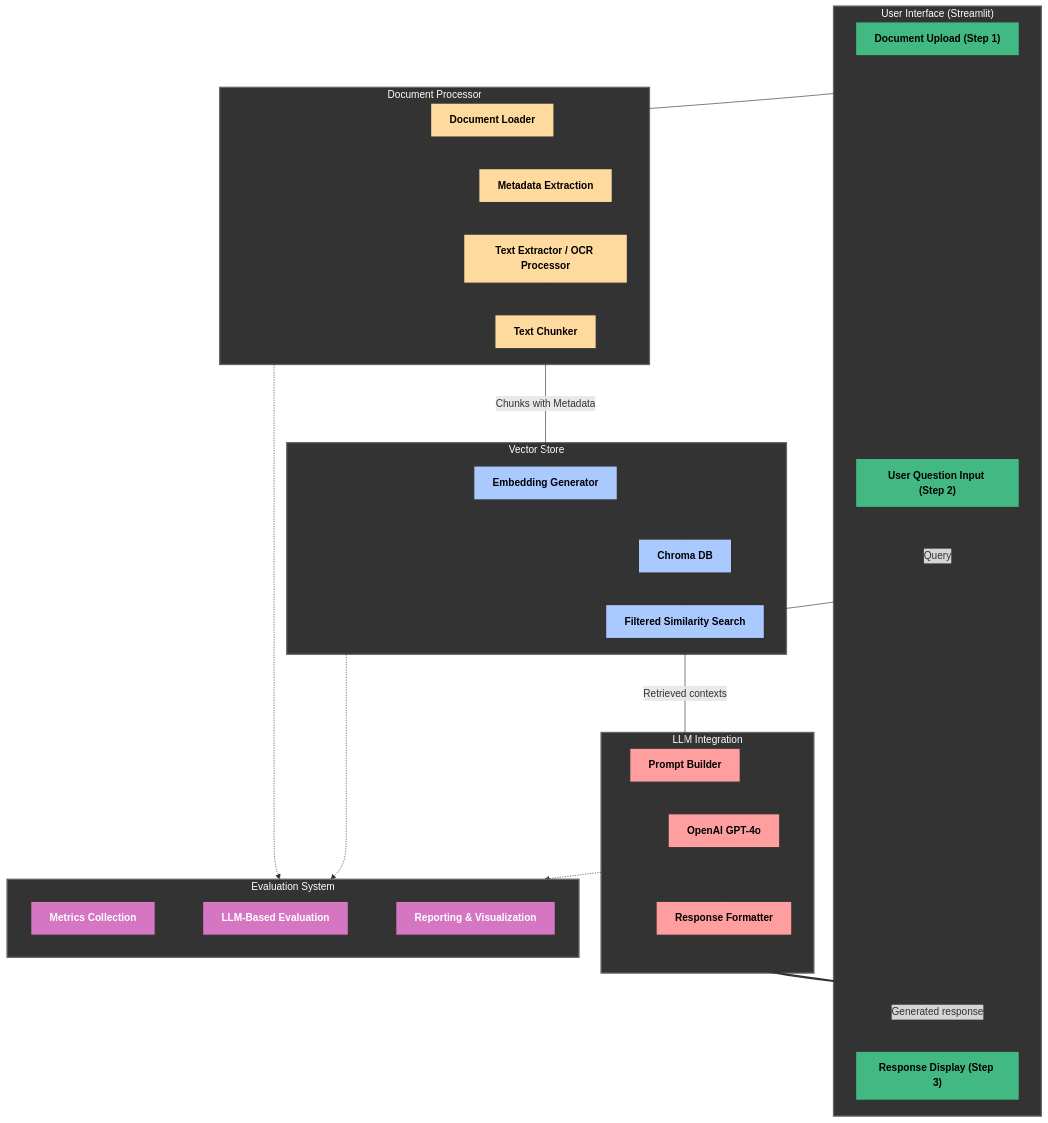
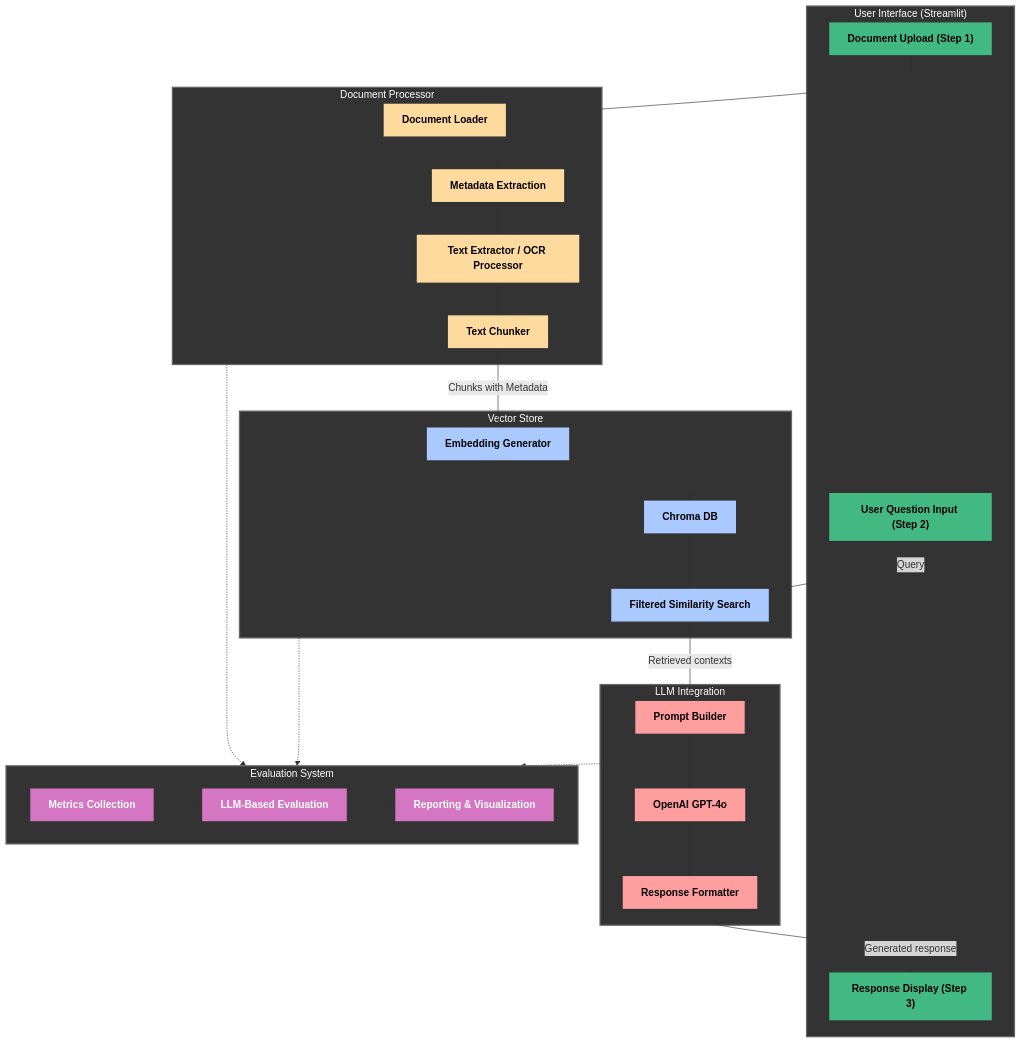
The diagram in README.md (mdwaquarahmad/fortune500-rag), drawn with Mermaid before and after one commit.

Commit message:
Documentation

```diff
--- a/README.md
+++ b/README.md
@@ -90,28 +90,26 @@
         E3
     end
     
-    %% Define solid connections explicitly
+    %% Define all connections as normal arrows with the same style
     A1 --> B1
     B1 --> B2
     B2 --> B3
     B3 --> B4
-    B4 ---> |"Chunks with Metadata"| C1
+    B4 --> |"Chunks with Metadata"| C1
     C1 --> C2
     C2 --> C3
-    A2 ---> |"Query"| C3
-    C3 ---> |"Retrieved contexts"| D1
+    A2 --> |"Query"| C3
+    C3 --> |"Retrieved contexts"| D1
     D1 --> D2
     D2 --> D3
-    
-    %% Special emphasis on this connection being solid
-    D3 ===> |"Generated response"| A3
+    D3 --> |"Generated response"| A3
     
     %% Define evaluation connections as dotted
-    DP -..-> EVAL
-    VS -..-> EVAL
-    LLM -..-> EVAL
+    DP -.-> EVAL
+    VS -.-> EVAL
+    LLM -.-> EVAL
     
-    %% Solid connections for evaluation system internal flow
+    %% Evaluation internal connections
     E1 --> E2
     E2 --> E3
     
```
